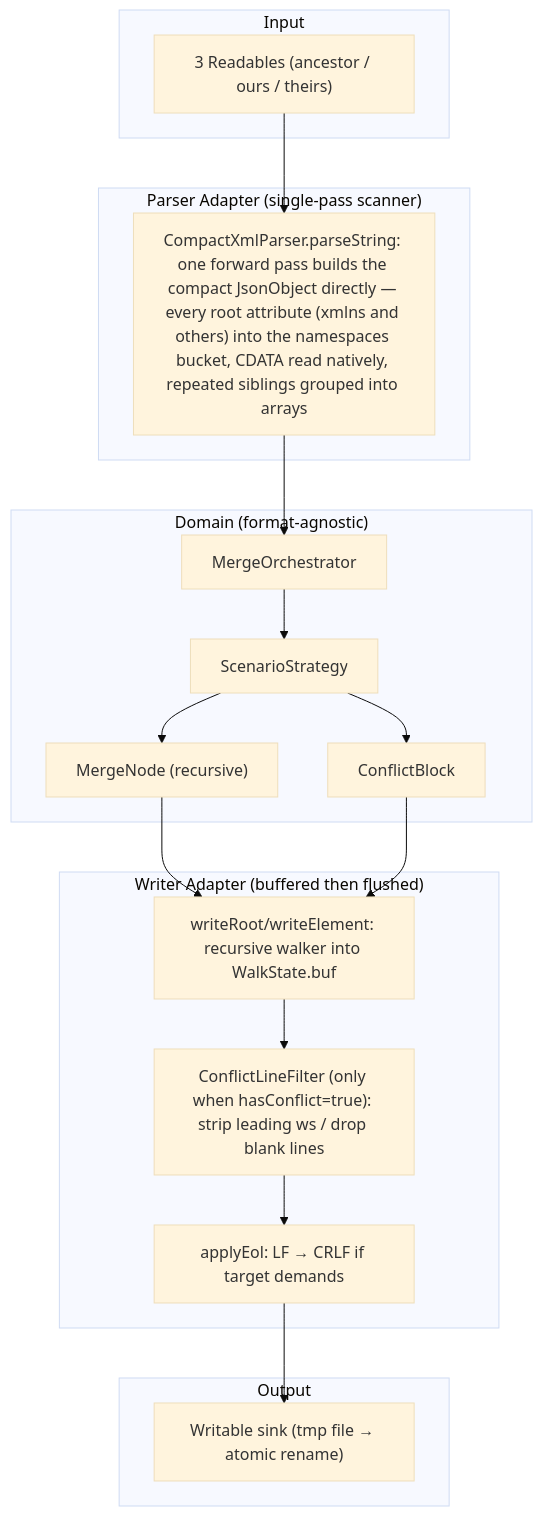
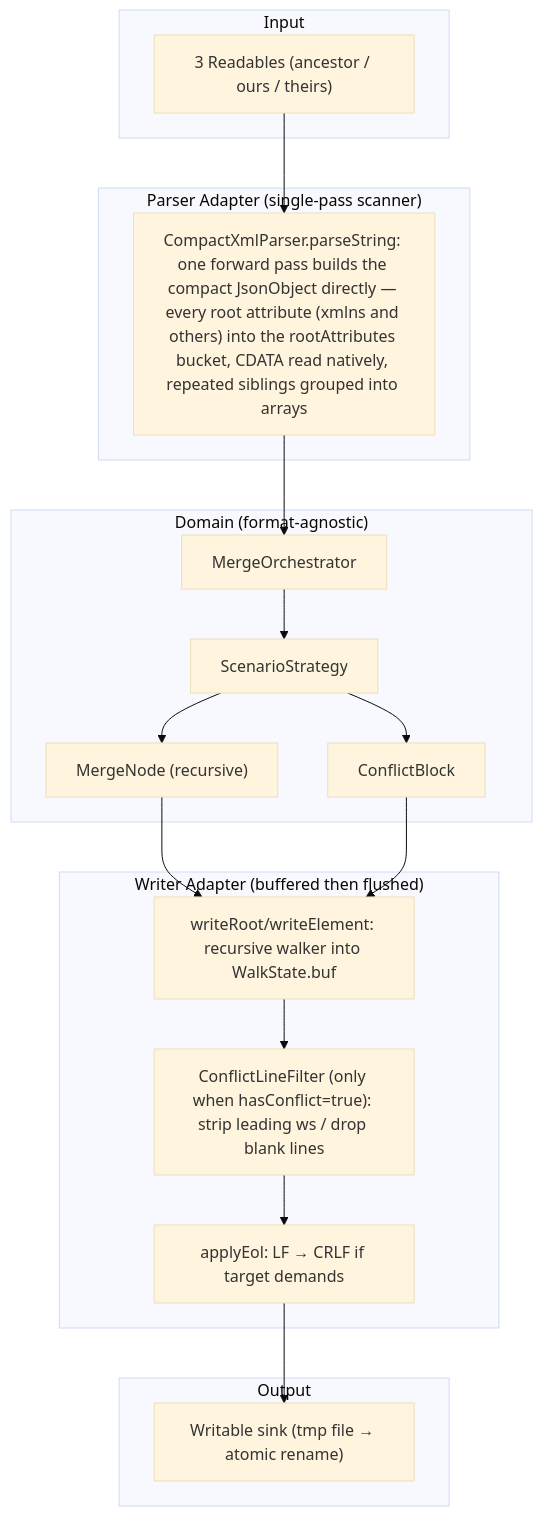
The sixth of 8 diagrams in DESIGN.md (scolladon/sf-git-merge-driver), drawn with Mermaid (base theme) before and after one commit. The commit also changed other lines of this file and 55 other files, not shown here.

First line of the commit message:
refactor: rename namespaces to rootAttributes and align attribute tests

````diff
--- a/DESIGN.md
+++ b/DESIGN.md
@@ -298,35 +298,35 @@
 ```mermaid
 flowchart TD
     subgraph Input
         XML["3 Readables (ancestor / ours / theirs)"]
     end
 
     subgraph "Parser Adapter (single-pass scanner)"
-        Parse["CompactXmlParser.parseString: one forward pass builds the compact JsonObject directly — every root attribute (xmlns and others) into the namespaces bucket, CDATA read natively, repeated siblings grouped into arrays"]
+        Parse["CompactXmlParser.parseString: one forward pass builds the compact JsonObject directly — every root attribute (xmlns and others) into the rootAttributes bucket, CDATA read natively, repeated siblings grouped into arrays"]
     end
 
     subgraph "Domain (format-agnostic)"
         Orchestrator["MergeOrchestrator"]
         Strategy["ScenarioStrategy"]
         Nodes["MergeNode (recursive)"]
         Conflict["ConflictBlock"]
     end
 
     subgraph "Writer Adapter (buffered then flushed)"
         Walk["writeRoot/writeElement: recursive walker into WalkState.buf"]
         Filter["ConflictLineFilter (only when hasConflict=true): strip leading ws / drop blank lines"]
         Eol["applyEol: LF → CRLF if target demands"]
     end
 
     subgraph Output
         Result["Writable sink (tmp file → atomic rename)"]
     end
 
     XML --> Parse --> Orchestrator
     Orchestrator --> Strategy
     Strategy --> Nodes
     Strategy --> Conflict
     Nodes --> Walk
     Conflict --> Walk
     Walk --> Filter --> Eol --> Result
 ```
````
